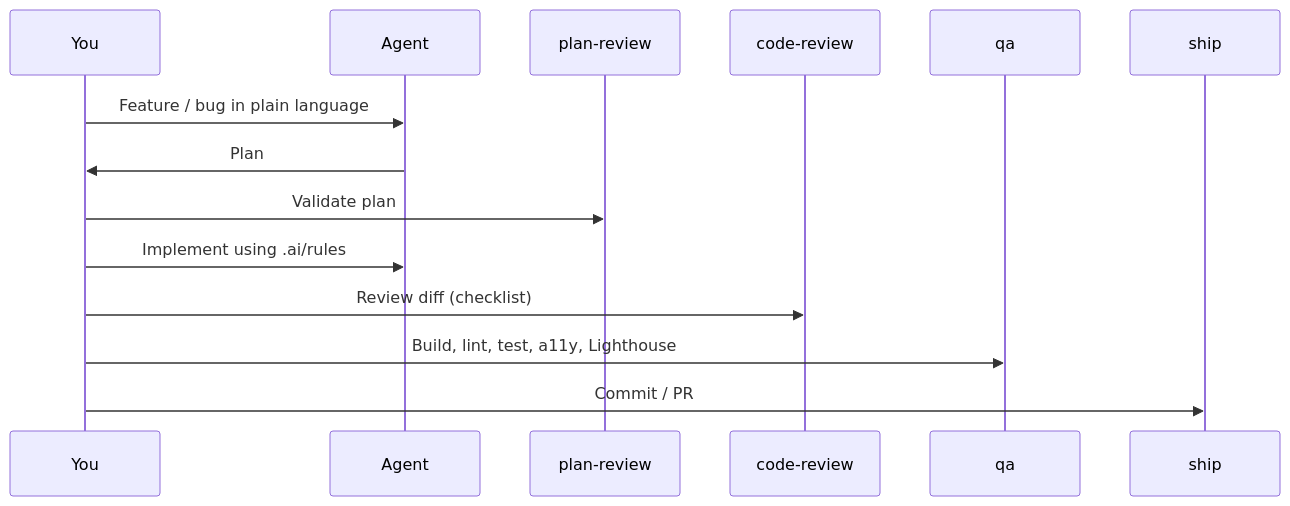
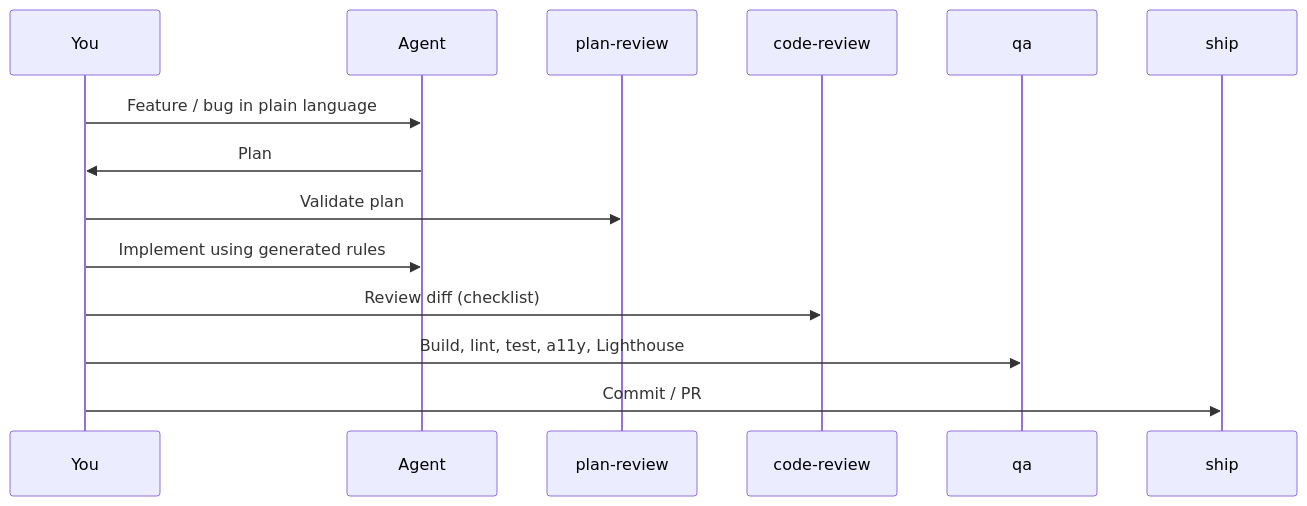
The diagram in website/guide/6-workflow.md (JeelVankhede/frontend-ai-starter-recipes), drawn with Mermaid before and after one commit. The commit also changed other lines of this file and 9 other files, not shown here.

````diff
--- a/website/guide/6-workflow.md
+++ b/website/guide/6-workflow.md
@@ -3,16 +3,16 @@
 ```mermaid
 sequenceDiagram
   participant You
   participant Agent
   participant Plan as plan-review
   participant CR as code-review
   participant QA as qa
   participant Ship as ship
   You->>Agent: Feature / bug in plain language
   Agent->>You: Plan
   You->>Plan: Validate plan
-  You->>Agent: Implement using .ai/rules
+  You->>Agent: Implement using generated rules
   You->>CR: Review diff (checklist)
   You->>QA: Build, lint, test, a11y, Lighthouse
   You->>Ship: Commit / PR
 ```
````
